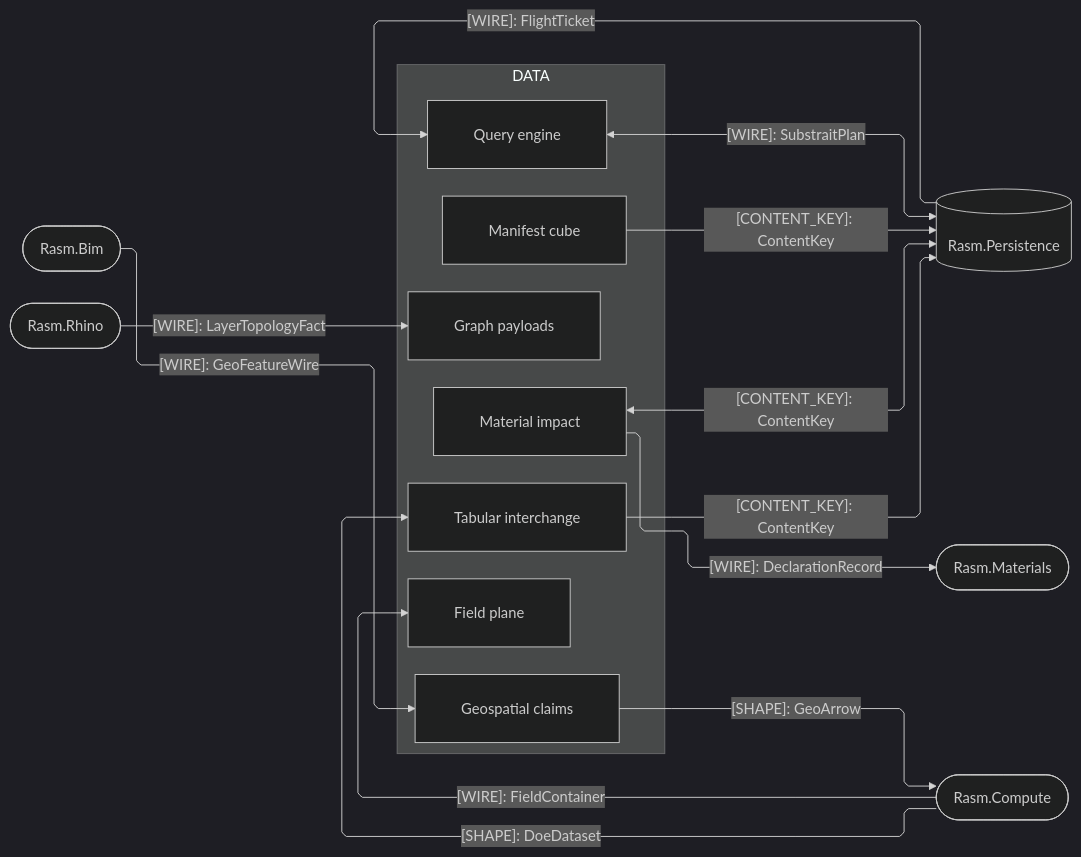
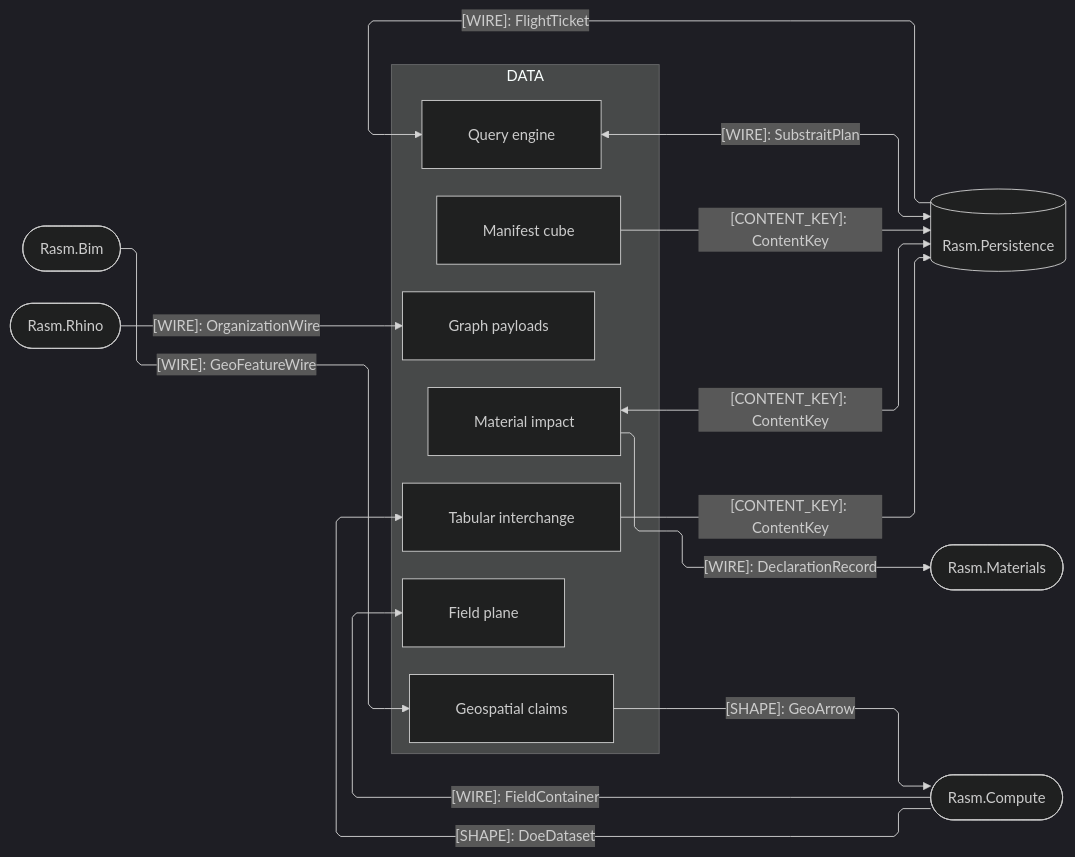
The fourth of 4 diagrams in libs/python/data/ARCHITECTURE.md (bsamiee/Rasm), drawn with Mermaid (dark theme) before and after one commit. The commit also changed other lines of this file and 400 other files, not shown here.

````diff
--- a/libs/python/data/ARCHITECTURE.md
+++ b/libs/python/data/ARCHITECTURE.md
@@ -211,37 +211,37 @@
 ```mermaid
 ---
 config:
   layout: elk
   flowchart:
     curve: linear
     padding: 25
 ---
 flowchart LR
     accTitle: Data package C#-peer seam registry
     accDescr: Data sub-domain owners exchanging frame shapes, content keys, plan wires, and the environmental set with the C# peers.
     subgraph data[DATA]
         Tabular[Tabular interchange]
         Query[Query engine]
         Geospatial[Geospatial claims]
         Virtual[Manifest cube]
         Field[Field plane]
         Impact[Material impact]
         Graph[Graph payloads]
     end
     Persistence[(Rasm.Persistence)]
     Materials([Rasm.Materials])
     Compute([Rasm.Compute])
     Bim([Rasm.Bim])
     Rhino([Rasm.Rhino])
     Compute e1@-->|"[SHAPE]: DoeDataset"| Tabular
     Compute e10@-->|"[WIRE]: FieldContainer"| Field
     Geospatial e2@-->|"[SHAPE]: GeoArrow"| Compute
     Tabular e3@-->|"[CONTENT_KEY]: ContentKey"| Persistence
     Query e4@<-->|"[WIRE]: SubstraitPlan"| Persistence
     Virtual e5@-->|"[CONTENT_KEY]: ContentKey"| Persistence
     Impact e6@<-->|"[CONTENT_KEY]: ContentKey"| Persistence
     Bim e7@-->|"[WIRE]: GeoFeatureWire"| Geospatial
-    Rhino e11@-->|"[WIRE]: LayerTopologyFact"| Graph
+    Rhino e11@-->|"[WIRE]: OrganizationWire"| Graph
     Persistence e8@-->|"[WIRE]: FlightTicket"| Query
     Impact e9@-->|"[WIRE]: DeclarationRecord"| Materials
 ```
````
